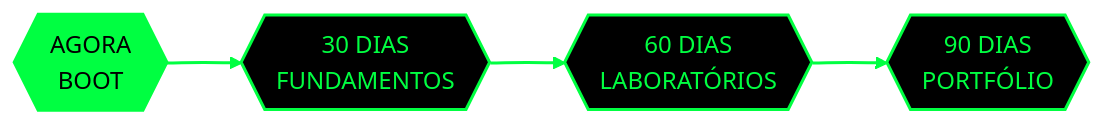
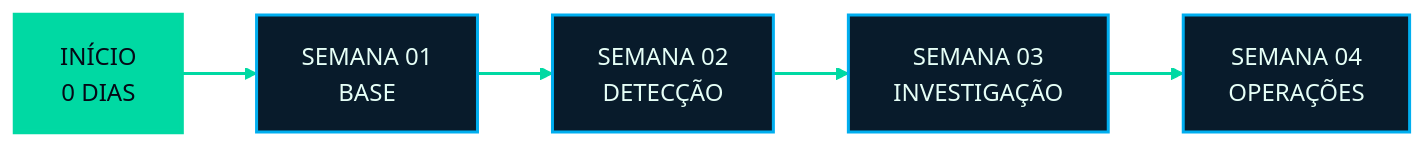
The diagram in README.md (markzioio/markzioio), drawn with Mermaid before and after one commit. The commit also changed other lines of this file, not shown here.

````diff
--- a/README.md
+++ b/README.md
@@ -58,10 +57,11 @@
 ```mermaid
 flowchart LR
-    D0{{"AGORA<br/>BOOT"}}:::current --> D30{{"30 DIAS<br/>FUNDAMENTOS"}}:::future
-    D30 --> D60{{"60 DIAS<br/>LABORATÓRIOS"}}:::future
-    D60 --> D90{{"90 DIAS<br/>PORTFÓLIO"}}:::future
+    START["INÍCIO<br/>0 DIAS"]:::active --> W1["SEMANA 01<br/>BASE"]:::next
+    W1 --> W2["SEMANA 02<br/>DETECÇÃO"]:::next
+    W2 --> W3["SEMANA 03<br/>INVESTIGAÇÃO"]:::next
+    W3 --> W4["SEMANA 04<br/>OPERAÇÕES"]:::next
 
-    classDef current fill:#00ff41,color:#000000,stroke:#00ff41,stroke-width:3px;
-    classDef future fill:#000000,color:#00ff41,stroke:#00ff41,stroke-width:2px;
-    linkStyle 0,1,2 stroke:#00ff41,stroke-width:2px;
+    classDef active fill:#00d9a3,color:#050816,stroke:#00d9a3,stroke-width:3px;
+    classDef next fill:#081b2b,color:#e6fff7,stroke:#00aeef,stroke-width:2px;
+    linkStyle 0,1,2,3 stroke:#00d9a3,stroke-width:2px;
 ```
````
